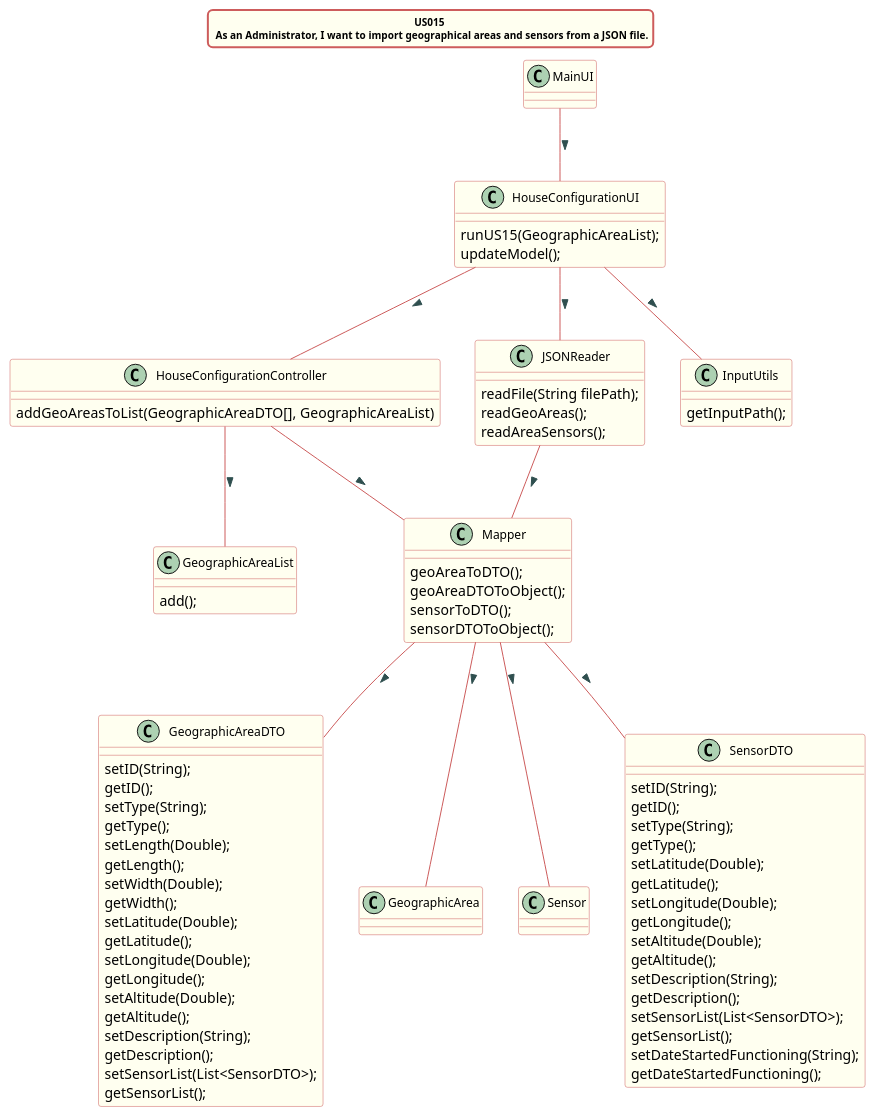
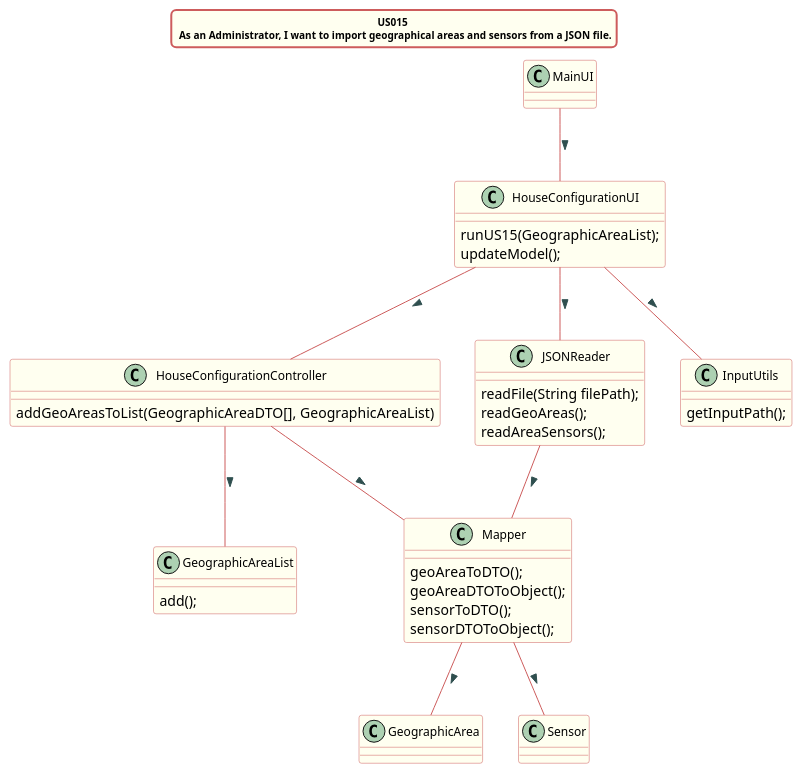
Before and after one commit to Almadanmp/project: the diagram in src/doc/Controllers/HouseConfiguration/US15/US15_cd_HouseConfiguration.puml, drawn with PlantUML. The commit also changed 11 other files, not shown here.

```diff
--- a/src/doc/Controllers/HouseConfiguration/US15/US15_cd_HouseConfiguration.puml
+++ b/src/doc/Controllers/HouseConfiguration/US15/US15_cd_HouseConfiguration.puml
@@ -1,116 +1,74 @@
 @startuml
 
 title US015 \n As an Administrator, I want to import geographical areas and sensors from a JSON file.
 skinparam titleBorderRoundCorner 10
 skinparam titleBorderThickness 2
 skinparam titleBorderColor indianred
 skinparam titleBackgroundColor ivory
 skinparam FontName verdana
 skinparam titleFontSize 10
 
 
 skinparam class {
   BorderColor indianred
   BackgroundColor indianred
   BackgroundColor ivory
    roundcorner 10
    ArrowFontName Verdana
    ArrowColor indianred
    ArrowFontColor darkslategrey
    FontSize 12
 }
 
 class HouseConfigurationController
 class HouseConfigurationUI
 class JSONReader
 class Mapper
-class GeographicAreaDTO
 class GeographicAreaList
 class GeographicArea
 class Sensor
 class InputUtils
 
 MainUI -- HouseConfigurationUI : >
 HouseConfigurationUI -- JSONReader : >
 HouseConfigurationUI -- InputUtils : >
 JSONReader -- Mapper : >
-Mapper -- GeographicAreaDTO : >
 HouseConfigurationUI -- HouseConfigurationController : >
 HouseConfigurationController -- Mapper : >
 Mapper -- GeographicArea : >
 Mapper -- Sensor : >
 HouseConfigurationController -- GeographicAreaList : >
-Mapper -- SensorDTO : >
 
 class HouseConfigurationUI {
 runUS15(GeographicAreaList);
 updateModel();
 }
 
 class JSONReader {
 readFile(String filePath);
 readGeoAreas();
 readAreaSensors();
 }
 
 class HouseConfigurationController {
 addGeoAreasToList(GeographicAreaDTO[], GeographicAreaList)
 }
 
 class Mapper {
 geoAreaToDTO();
 geoAreaDTOToObject();
 sensorToDTO();
 sensorDTOToObject();
 }
 
 class GeographicAreaList{
 add();
 }
 
 class InputUtils{
 getInputPath();
 }
 
 
-class GeographicAreaDTO{
-setID(String);
-getID();
-setType(String);
-getType();
-setLength(Double);
-getLength();
-setWidth(Double);
-getWidth();
-setLatitude(Double);
-getLatitude();
-setLongitude(Double);
-getLongitude();
-setAltitude(Double);
-getAltitude();
-setDescription(String);
-getDescription();
-setSensorList(List<SensorDTO>);
-getSensorList();
-}
-
-class SensorDTO{
-setID(String);
-getID();
-setType(String);
-getType();
-setLatitude(Double);
-getLatitude();
-setLongitude(Double);
-getLongitude();
-setAltitude(Double);
-getAltitude();
-setDescription(String);
-getDescription();
-setSensorList(List<SensorDTO>);
-getSensorList();
-setDateStartedFunctioning(String);
-getDateStartedFunctioning();
-}
 
 @enduml
```
